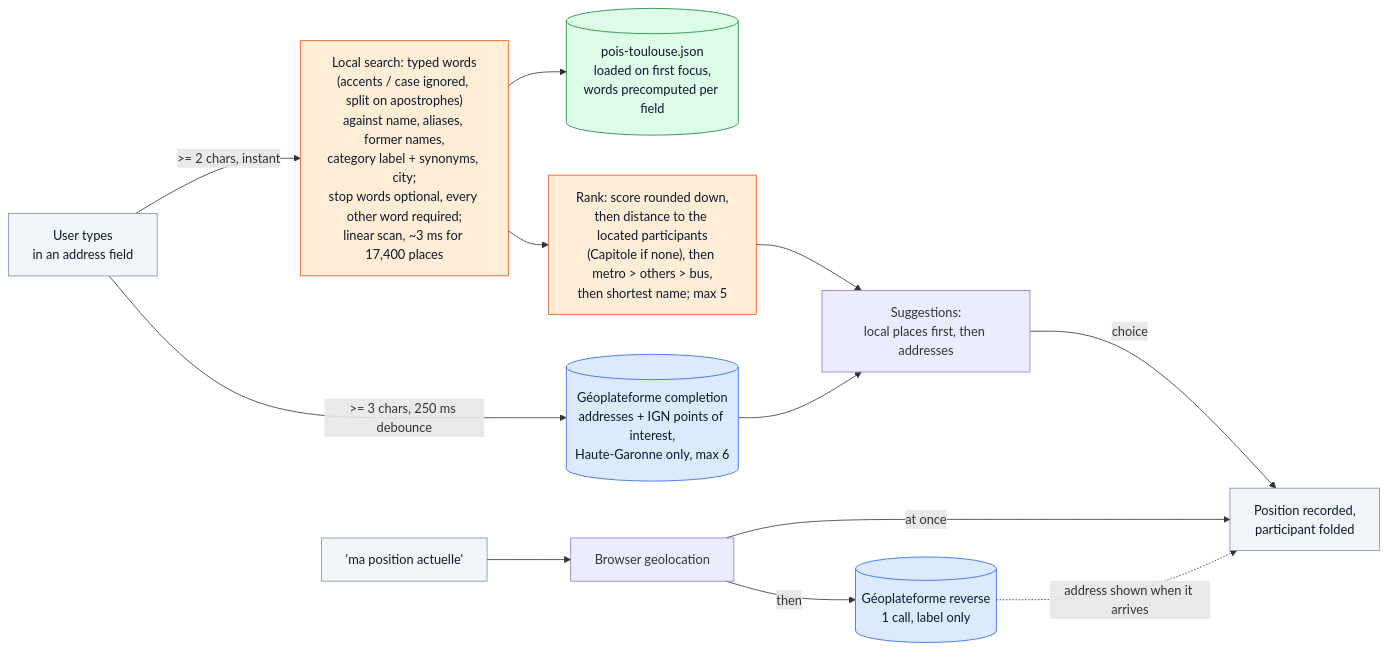
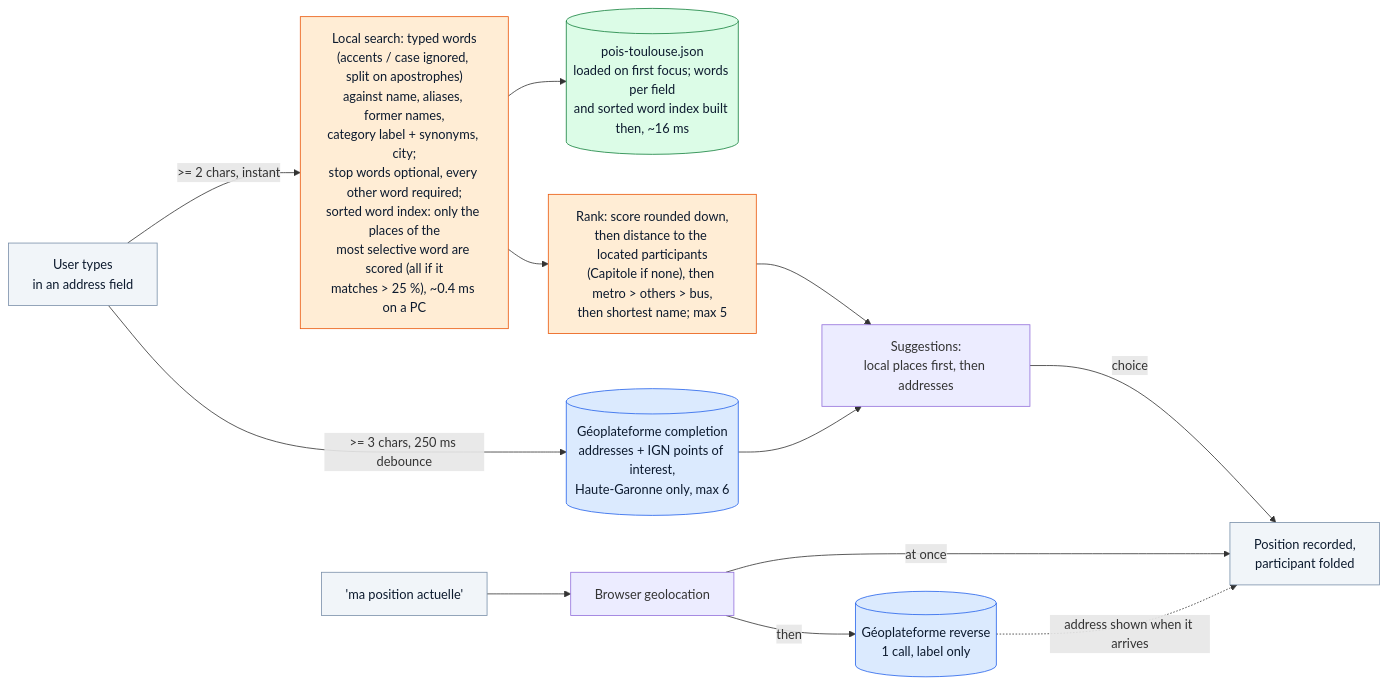
Before and after one commit to NicolasGresset/portfolio: the second of 4 diagrams in docs/location-pipeline.md, drawn with Mermaid. The commit also changed other lines of this file and 2 other files, not shown here.

First line of the commit message:
Search places through a sorted word index built in the browser

````diff
--- a/docs/location-pipeline.md
+++ b/docs/location-pipeline.md
@@ -61,21 +61,21 @@
 ```mermaid
 flowchart LR
     classDef api fill:#DBEAFE,stroke:#2563EB,color:#0C1A2E
     classDef local fill:#DCFCE7,stroke:#15803D,color:#0C1A2E
     classDef algo fill:#FFEDD5,stroke:#EA580C,color:#0C1A2E
     classDef user fill:#F1F5F9,stroke:#7A90AA,color:#0C1A2E
 
     TYPE["User types<br/>in an address field"]:::user
-    TYPE -->|">= 2 chars, instant"| LOCAL["Local search: typed words<br/>(accents / case ignored, split on apostrophes)<br/>against name, aliases, former names,<br/>category label + synonyms, city;<br/>stop words optional, every other word required;<br/>linear scan, ~3 ms for 17,400 places"]:::algo
-    LOCAL --> JSON[("pois-toulouse.json<br/>loaded on first focus,<br/>words precomputed per field")]:::local
+    TYPE -->|">= 2 chars, instant"| LOCAL["Local search: typed words<br/>(accents / case ignored, split on apostrophes)<br/>against name, aliases, former names,<br/>category label + synonyms, city;<br/>stop words optional, every other word required;<br/>sorted word index: only the places of the<br/>most selective word are scored (all if it<br/>matches > 25 %), ~0.4 ms on a PC"]:::algo
+    LOCAL --> JSON[("pois-toulouse.json<br/>loaded on first focus; words per field<br/>and sorted word index built then, ~16 ms")]:::local
     LOCAL --> RANK["Rank: score rounded down,<br/>then distance to the located participants<br/>(Capitole if none), then metro > others > bus,<br/>then shortest name; max 5"]:::algo
     TYPE -->|">= 3 chars, 250 ms debounce"| COMPLETION[("Géoplateforme completion<br/>addresses + IGN points of interest,<br/>Haute-Garonne only, max 6")]:::api
     RANK --> LIST["Suggestions:<br/>local places first, then addresses"]
     COMPLETION --> LIST
     LIST -->|"choice"| POS["Position recorded,<br/>participant folded"]:::user
 
     GEO["'ma position actuelle'"]:::user --> BROWSERGEO["Browser geolocation"]
     BROWSERGEO -->|"at once"| POS
     BROWSERGEO -->|"then"| REVERSE[("Géoplateforme reverse<br/>1 call, label only")]:::api
     REVERSE -.->|"address shown when it arrives"| POS
 ```
````
